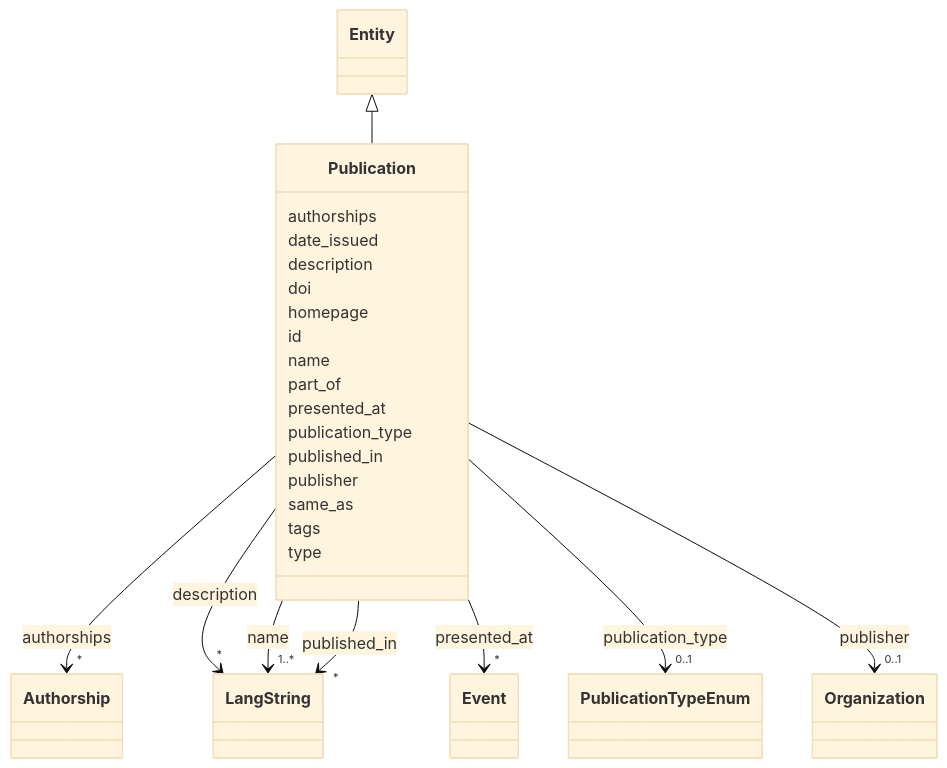
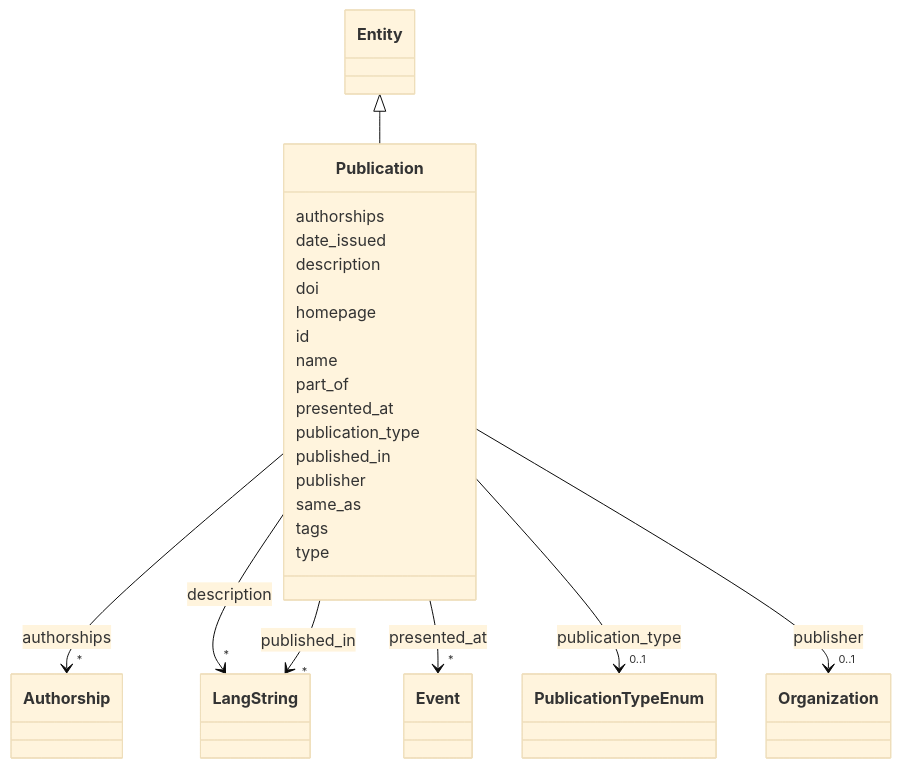
Before and after one commit to DARIAH-IL/idhi-manifests: the diagram in docs/classes/Publication.md, drawn with Mermaid (base theme). The commit also changed other lines of this file and 52 other files, not shown here.

```diff
--- a/docs/classes/Publication.md
+++ b/docs/classes/Publication.md
@@ -63,17 +63,6 @@
       Publication : id
         
       Publication : name
-        
-          
-    
-        
-        
-        Publication --> "1..*" LangString : name
-        
-        click LangString href "../../classes/LangString/"
-        
-    
-
         
       Publication : part_of
         
```
